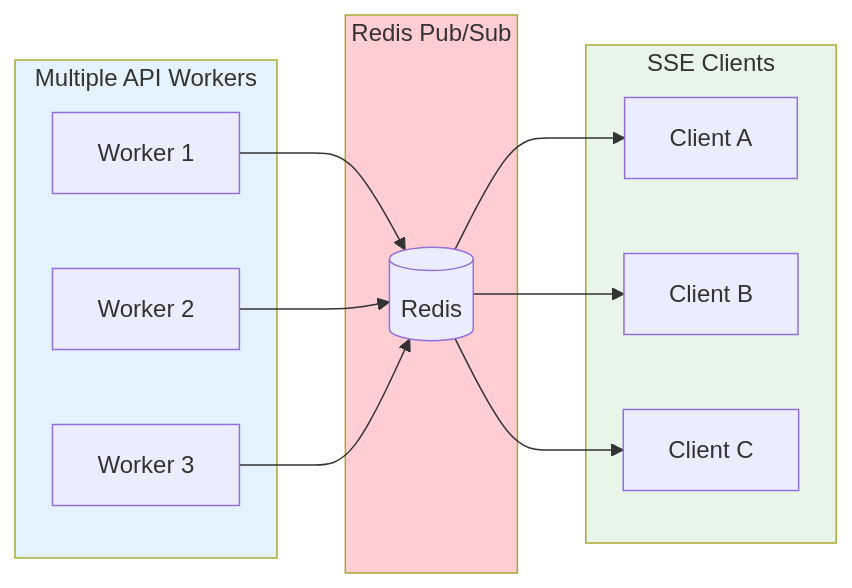
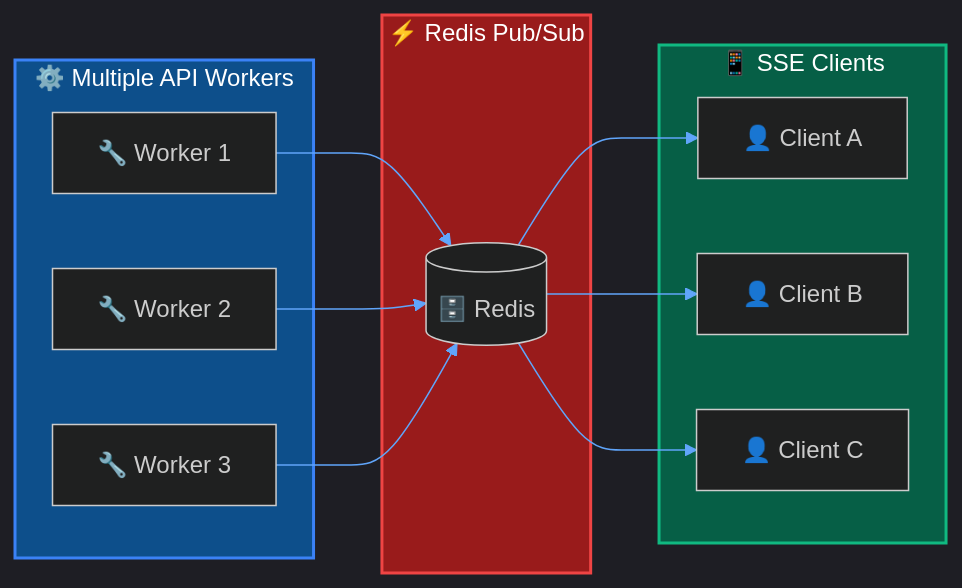
Before and after one commit to CHA0S-CORP/SkySpyDocs: the third of 3 diagrams in docs/Getting Started/configuration.md, drawn with Mermaid. The commit also changed other lines of this file and 11 other files, not shown here.

````diff
--- a/docs/Getting Started/configuration.md
+++ b/docs/Getting Started/configuration.md
@@ -179,29 +181,30 @@
 ```mermaid
+%%{init: {'theme': 'dark', 'themeVariables': { 'primaryColor': '#1e3a5f', 'primaryTextColor': '#fff', 'primaryBorderColor': '#3b82f6', 'lineColor': '#60a5fa'}}}%%
 flowchart LR
-    subgraph Workers["Multiple API Workers"]
-        W1[Worker 1]
-        W2[Worker 2]
-        W3[Worker 3]
+    subgraph Workers["⚙️ Multiple API Workers"]
+        W1["🔧 Worker 1"]
+        W2["🔧 Worker 2"]
+        W3["🔧 Worker 3"]
     end
 
-    subgraph Redis["Redis Pub/Sub"]
-        R[(Redis)]
+    subgraph Redis["⚡ Redis Pub/Sub"]
+        R[("🗄️ Redis")]
     end
 
-    subgraph Clients["SSE Clients"]
-        C1[Client A]
-        C2[Client B]
-        C3[Client C]
+    subgraph Clients["📱 SSE Clients"]
+        C1["👤 Client A"]
+        C2["👤 Client B"]
+        C3["👤 Client C"]
     end
 
     W1 --> R
     W2 --> R
     W3 --> R
     R --> C1
     R --> C2
     R --> C3
 
-    style Workers fill:#e3f2fd
-    style Redis fill:#ffcdd2
-    style Clients fill:#e8f5e9
+    style Workers fill:#0d4f8b,stroke:#3b82f6,stroke-width:2px,color:#fff
+    style Redis fill:#991b1b,stroke:#ef4444,stroke-width:2px,color:#fff
+    style Clients fill:#065f46,stroke:#10b981,stroke-width:2px,color:#fff
 ```
````
